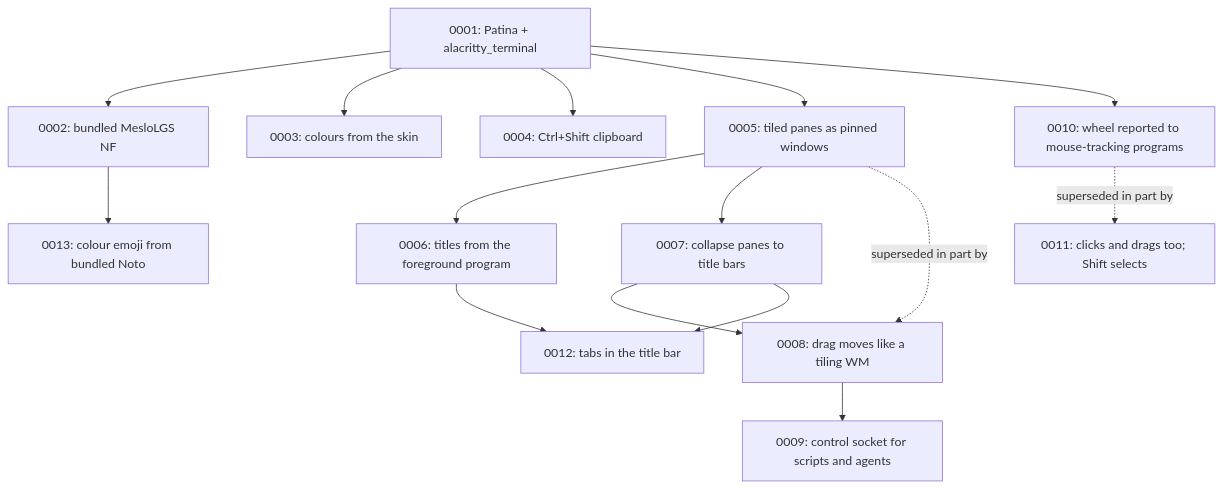
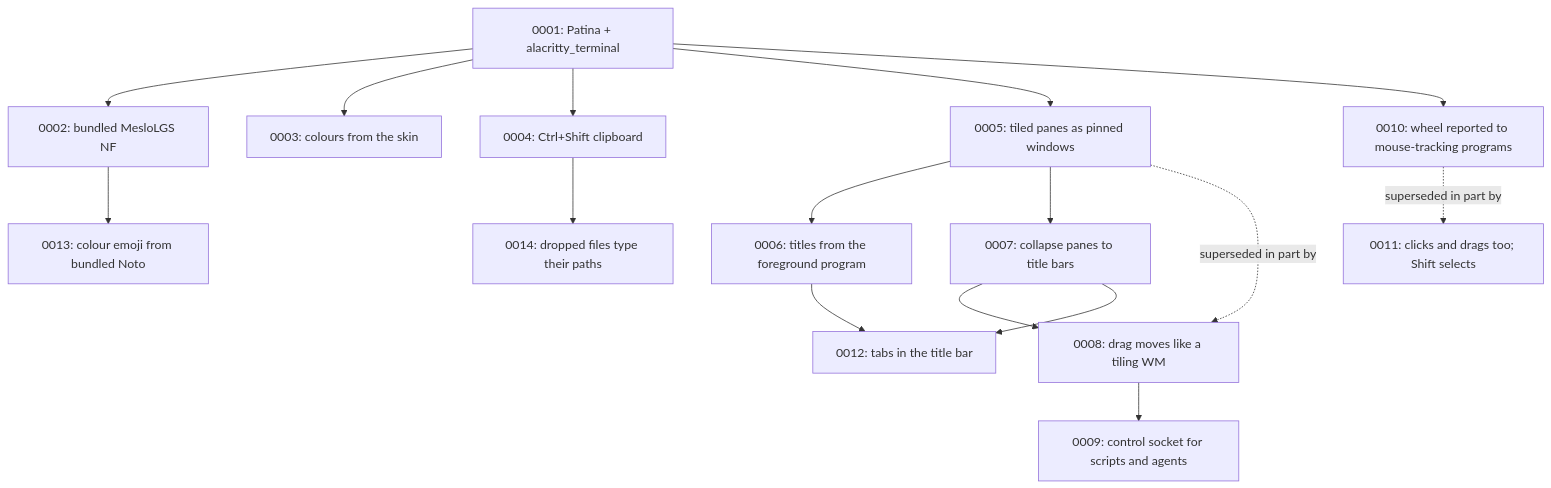
The diagram in docs/adr/README.md (Sector-F-Labs/teleprinter), drawn with Mermaid before and after one commit. The commit also changed other lines of this file and 7 other files, not shown here.

First line of the commit message:
Dropped files type their paths, with our own Wayland drop target (ADR-0014)

````diff
--- a/docs/adr/README.md
+++ b/docs/adr/README.md
@@ -61,17 +62,18 @@
 ```mermaid
 flowchart TD
     A[0001: Patina + alacritty_terminal] --> B[0002: bundled MesloLGS NF]
     A --> C[0003: colours from the skin]
     A --> D[0004: Ctrl+Shift clipboard]
     A --> E[0005: tiled panes as pinned windows]
     E --> F[0006: titles from the foreground program]
     E --> G[0007: collapse panes to title bars]
     E -.superseded in part by.-> H[0008: drag moves like a tiling WM]
     G --> H
     H --> I[0009: control socket for scripts and agents]
     A --> J[0010: wheel reported to mouse-tracking programs]
     J -.superseded in part by.-> K[0011: clicks and drags too; Shift selects]
     F --> L[0012: tabs in the title bar]
     G --> L
     B --> M[0013: colour emoji from bundled Noto]
+    D --> N[0014: dropped files type their paths]
 ```
````
